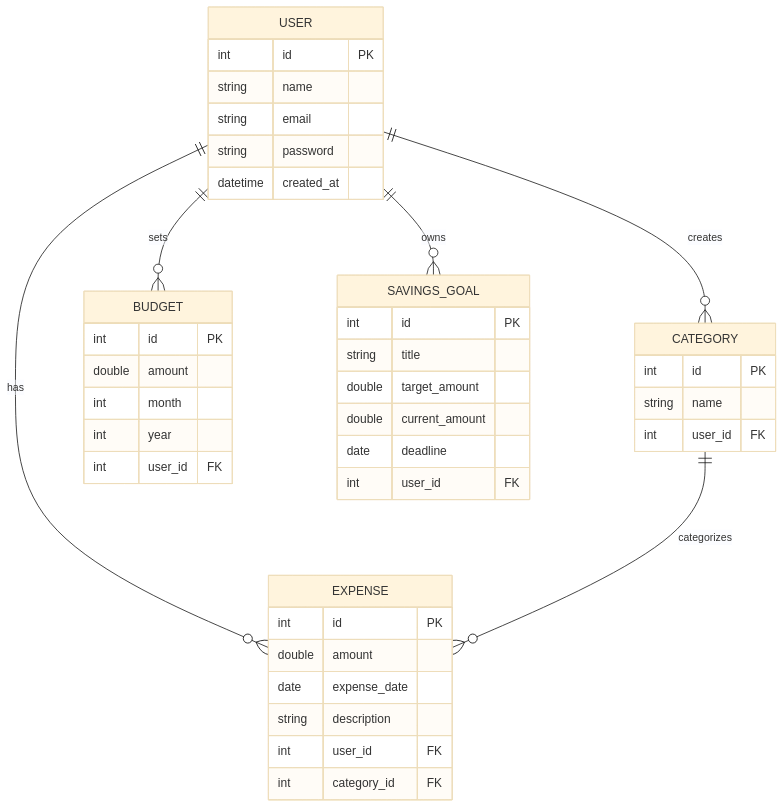
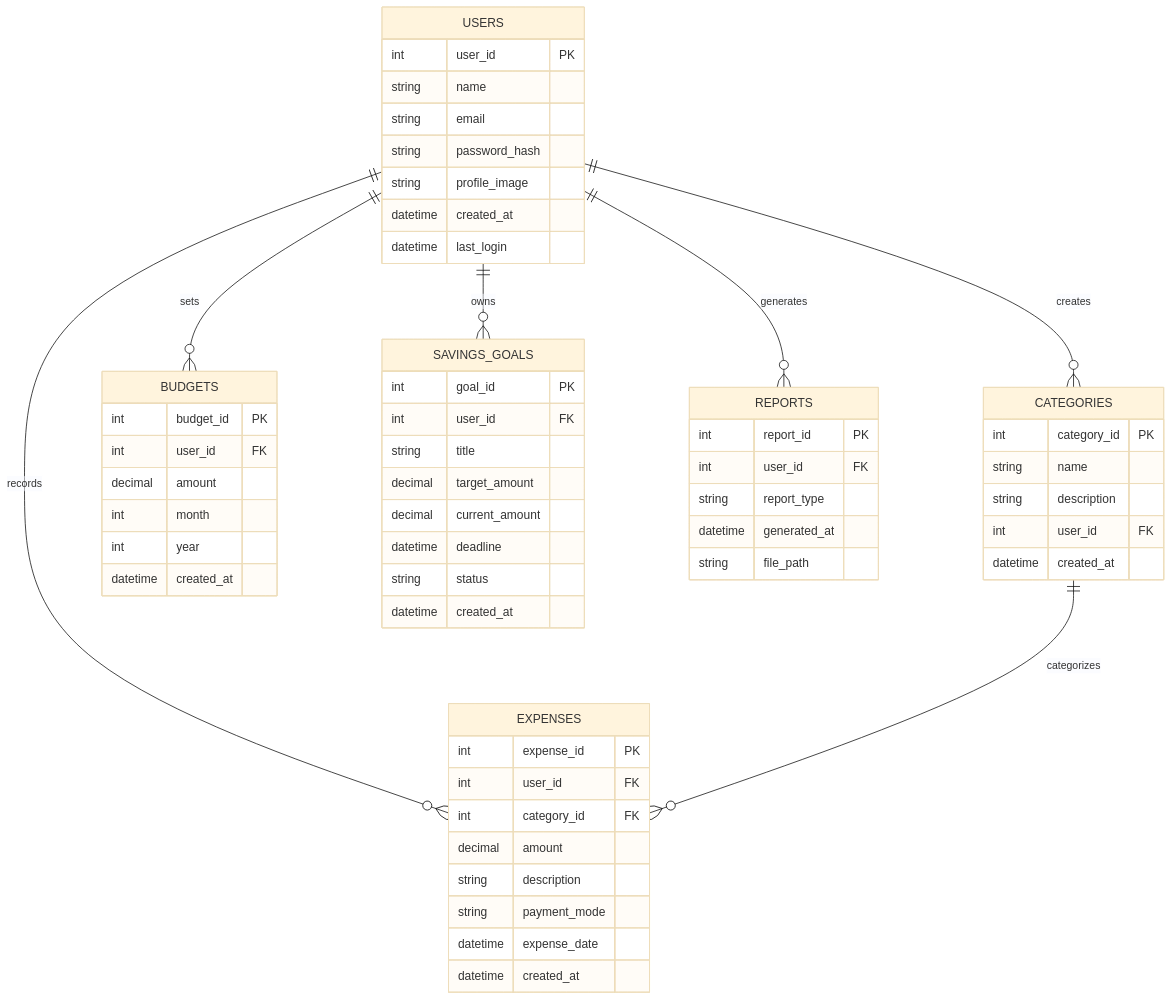
Before and after one commit to BOXER78/BudgetWise: the diagram in ErDiagram.md, drawn with Mermaid (base theme).

Commit message:
updated FEAT.ErDiagram file

````diff
--- a/ErDiagram.md
+++ b/ErDiagram.md
@@ -3,50 +3,68 @@
 ```mermaid
 erDiagram
 
-    USER {
-        int id PK
+    USERS {
+        int user_id PK
         string name
         string email
-        string password
+        string password_hash
+        string profile_image
+        datetime created_at
+        datetime last_login
+    }
+
+    CATEGORIES {
+        int category_id PK
+        string name
+        string description
+        int user_id FK
         datetime created_at
     }
 
-    CATEGORY {
-        int id PK
-        string name
+    EXPENSES {
+        int expense_id PK
         int user_id FK
+        int category_id FK
+        decimal amount
+        string description
+        string payment_mode
+        datetime expense_date
+        datetime created_at
     }
 
-    EXPENSE {
-        int id PK
-        double amount
-        date expense_date
-        string description
+    BUDGETS {
+        int budget_id PK
         int user_id FK
-        int category_id FK
+        decimal amount
+        int month
+        int year
+        datetime created_at
     }
 
-    BUDGET {
-        int id PK
-        double amount
-        int month
-        int year
+    SAVINGS_GOALS {
+        int goal_id PK
         int user_id FK
+        string title
+        decimal target_amount
+        decimal current_amount
+        datetime deadline
+        string status
+        datetime created_at
     }
 
-    SAVINGS_GOAL {
-        int id PK
-        string title
-        double target_amount
-        double current_amount
-        date deadline
+    REPORTS {
+        int report_id PK
         int user_id FK
+        string report_type
+        datetime generated_at
+        string file_path
     }
 
-    USER ||--o{ EXPENSE : has
-    USER ||--o{ CATEGORY : creates
-    USER ||--o{ BUDGET : sets
-    USER ||--o{ SAVINGS_GOAL : owns
+    USERS ||--o{ CATEGORIES : creates
+    USERS ||--o{ EXPENSES : records
+    USERS ||--o{ BUDGETS : sets
+    USERS ||--o{ SAVINGS_GOALS : owns
+    USERS ||--o{ REPORTS : generates
 
-    CATEGORY ||--o{ EXPENSE : categorizes
+    CATEGORIES ||--o{ EXPENSES : categorizes
 ```
````
